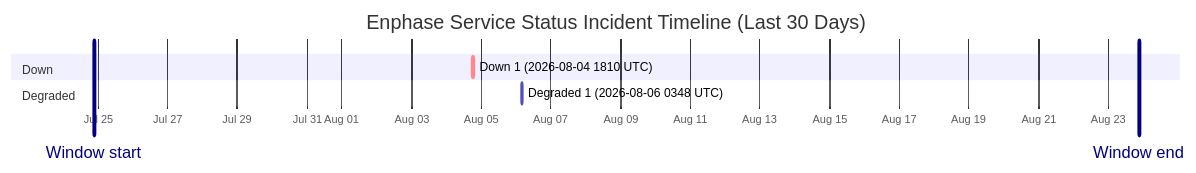
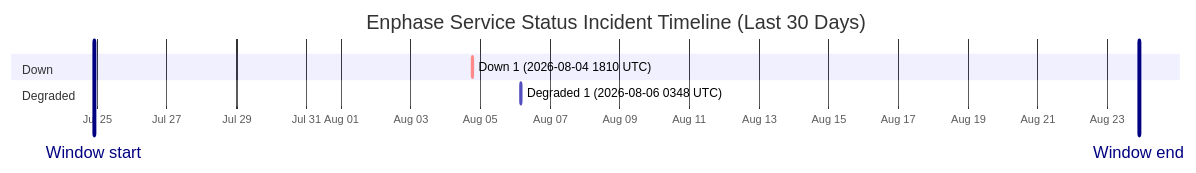
The diagram in wiki/Service-Status-History.md (barneyonline/ha-enphase-energy), drawn with Mermaid before and after one commit. The commit also changed other lines of this file and 3 other files, not shown here.

````diff
--- a/wiki/Service-Status-History.md
+++ b/wiki/Service-Status-History.md
@@ -14,12 +14,12 @@
 ```mermaid
 gantt
     title Enphase Service Status Incident Timeline (Last 30 Days)
     dateFormat  YYYY-MM-DDTHH:mm:ss
     axisFormat  %b %d
-    Window start :vert, window-start, 2026-07-24T21:19:27, 0ms
-    Window end :vert, window-end, 2026-08-23T21:19:27, 0ms
+    Window start :vert, window-start, 2026-07-24T21:44:56, 0ms
+    Window end :vert, window-end, 2026-08-23T21:44:56, 0ms
     section Down
     Down 1 (2026-08-04 1810 UTC) :crit, down-1, 2026-08-04T18:10:46, 60m
     section Degraded
     Degraded 1 (2026-08-06 0348 UTC) :active, degraded-1, 2026-08-06T03:48:14, 60m
 ```
````
